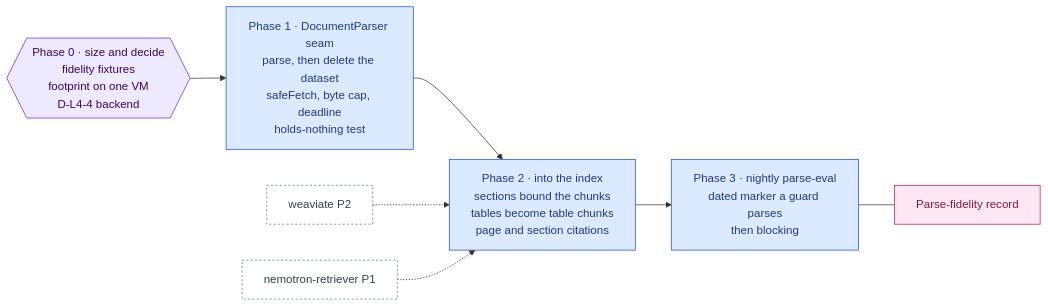
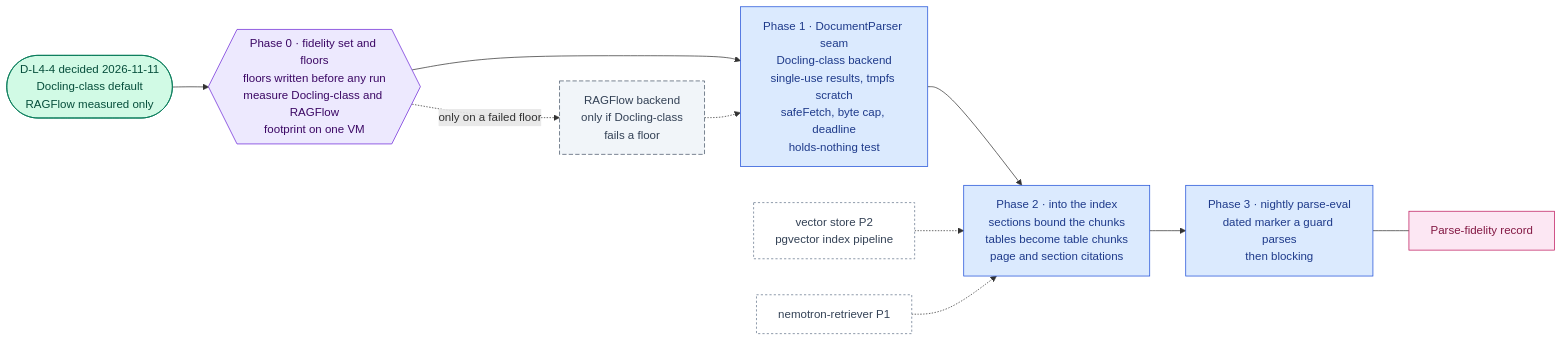
One commit to RodnaPamet/inflect-compliance changed the diagram in docs/ai-architecture/ragflow.md. Above: the diagram before and after it, drawn with Mermaid. The commit also changed other lines of this file and 4 other files, not shown here.

````diff
--- a/docs/ai-architecture/ragflow.md
+++ b/docs/ai-architecture/ragflow.md
@@ -29,21 +39,26 @@
 ```mermaid
 flowchart LR
-  P0{{"Phase 0 · size and decide<br/>fidelity fixtures<br/>footprint on one VM<br/>D-L4-4 backend"}}:::gate
-  P1["Phase 1 · DocumentParser seam<br/>parse, then delete the dataset<br/>safeFetch, byte cap, deadline<br/>holds-nothing test"]:::todo
+  D0(["D-L4-4 decided 2026-11-11<br/>Docling-class default<br/>RAGFlow measured only"]):::done
+  P0{{"Phase 0 · fidelity set and floors<br/>floors written before any run<br/>measure Docling-class and RAGFlow<br/>footprint on one VM"}}:::gate
+  P1["Phase 1 · DocumentParser seam<br/>Docling-class backend<br/>single-use results, tmpfs scratch<br/>safeFetch, byte cap, deadline<br/>holds-nothing test"]:::todo
   P2["Phase 2 · into the index<br/>sections bound the chunks<br/>tables become table chunks<br/>page and section citations"]:::todo
   P3["Phase 3 · nightly parse-eval<br/>dated marker a guard parses<br/>then blocking"]:::todo
-  WV["weaviate P2"]:::ext
+  RF["RAGFlow backend<br/>only if Docling-class<br/>fails a floor"]:::optional
+  WV["vector store P2<br/>pgvector index pipeline"]:::ext
   RT["nemotron-retriever P1"]:::ext
   REC["Parse-fidelity record"]:::eval
-  P0 --> P1 --> P2 --> P3
+  D0 --> P0 --> P1 --> P2 --> P3
+  P0 -.->|only on a failed floor| RF
+  RF -.-> P1
   WV -.-> P2
   RT -.-> P2
   P3 --- REC
 
   classDef done fill:#d1fae5,stroke:#047857,color:#064e3b
   classDef todo fill:#dbeafe,stroke:#1d4ed8,color:#1e3a8a
   classDef gate fill:#ede9fe,stroke:#6d28d9,color:#3b0764
   classDef ext fill:#ffffff,stroke:#64748b,color:#334155,stroke-dasharray:3 3
   classDef eval fill:#fce7f3,stroke:#be185d,color:#831843
   classDef declined fill:#f3f4f6,stroke:#6b7280,color:#374151,stroke-dasharray:4 3
+  classDef optional fill:#f1f5f9,stroke:#475569,color:#334155,stroke-dasharray:6 3
 ```
````
